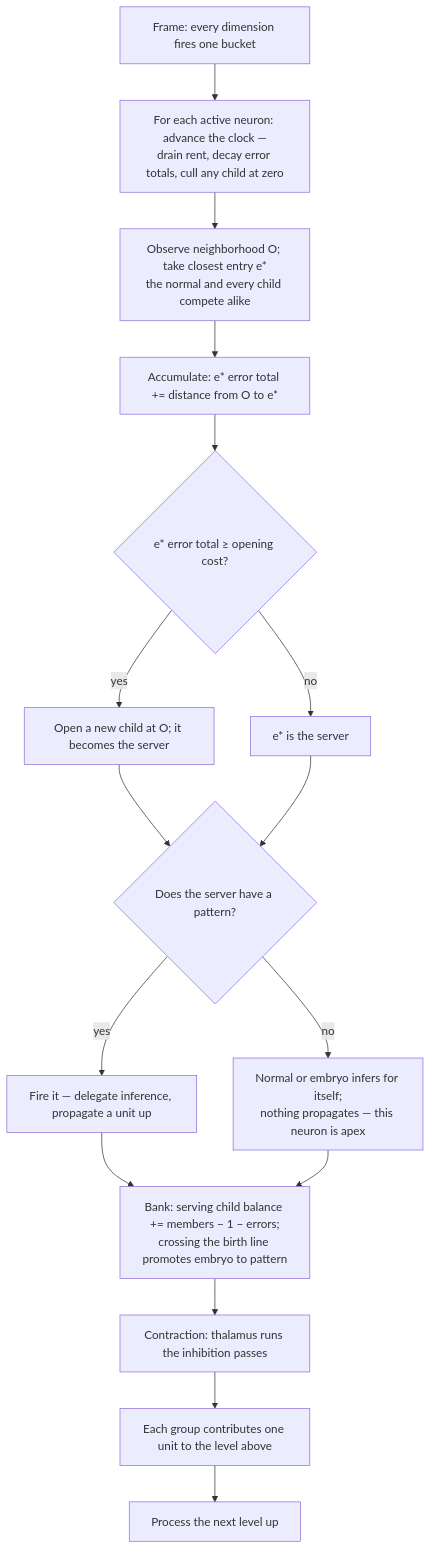
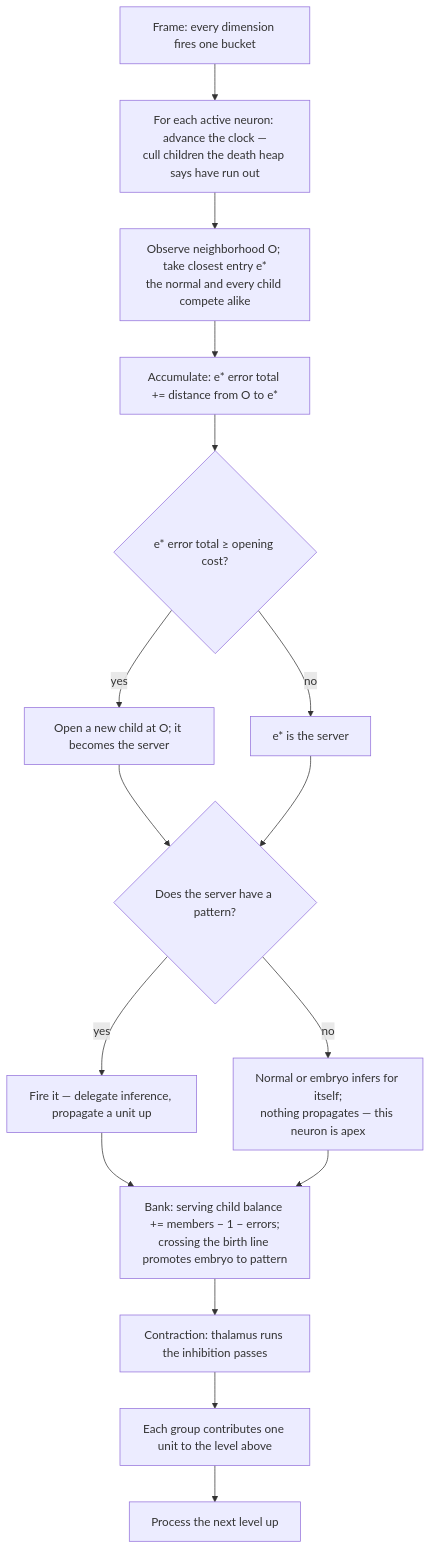
The diagram in docs/algorithm.md (cucar/robot_brain), drawn with Mermaid before and after one commit. The commit also changed other lines of this file, not shown here.

````diff
--- a/docs/algorithm.md
+++ b/docs/algorithm.md
@@ -561,18 +584,18 @@
 ```mermaid
 flowchart TD
-    A["Frame: every dimension fires one bucket"] --> B["For each active neuron: advance the clock —<br/>drain rent, decay error totals, cull any child at zero"]
+    A["Frame: every dimension fires one bucket"] --> B["For each active neuron: advance the clock —<br/>cull children the death heap says have run out"]
     B --> C["Observe neighborhood O; take closest entry e*<br/>the normal and every child compete alike"]
     C --> D["Accumulate: e* error total += distance from O to e*"]
     D --> E{"e* error total ≥ opening cost?"}
     E -->|yes| F["Open a new child at O; it becomes the server"]
     E -->|no| G["e* is the server"]
     F --> H{"Does the server have a pattern?"}
     G --> H
     H -->|yes| I["Fire it — delegate inference, propagate a unit up"]
     H -->|no| J["Normal or embryo infers for itself;<br/>nothing propagates — this neuron is apex"]
     I --> K["Bank: serving child balance += members − 1 − errors;<br/>crossing the birth line promotes embryo to pattern"]
     J --> K
     K --> L["Contraction: thalamus runs the inhibition passes"]
     L --> M["Each group contributes one unit to the level above"]
     M --> N["Process the next level up"]
 ```
````
